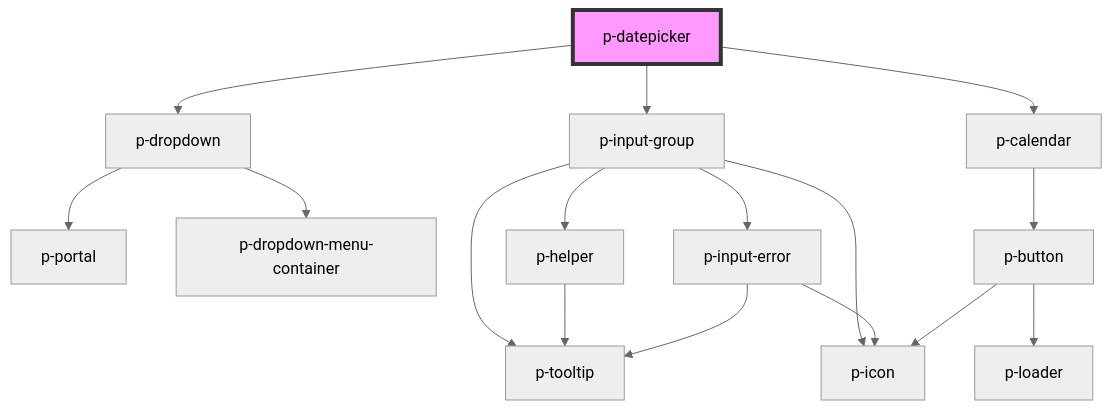
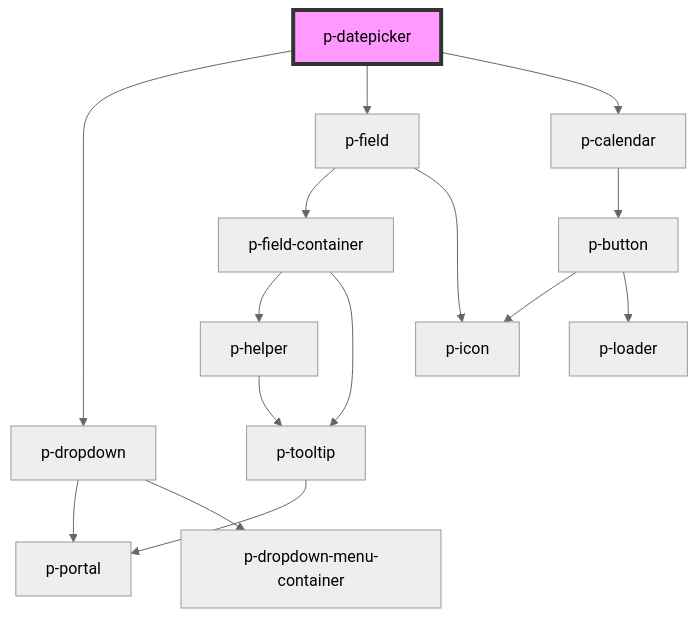
Before and after one commit to Employes/Paperless: the diagram in packages/core/src/components/molecules/datepicker/readme.md, drawn with Mermaid (neutral theme). The commit also changed other lines of this file and 21 other files, not shown here.

Commit message:
refactor(molecules): Removal of input-group component

````diff
--- a/packages/core/src/components/molecules/datepicker/readme.md
+++ b/packages/core/src/components/molecules/datepicker/readme.md
@@ -55,19 +55,18 @@
 ```mermaid
 graph TD;
   p-datepicker --> p-dropdown
-  p-datepicker --> p-input-group
+  p-datepicker --> p-field
   p-datepicker --> p-calendar
   p-dropdown --> p-portal
   p-dropdown --> p-dropdown-menu-container
-  p-input-group --> p-helper
-  p-input-group --> p-tooltip
-  p-input-group --> p-icon
-  p-input-group --> p-input-error
+  p-field --> p-field-container
+  p-field --> p-icon
+  p-field-container --> p-helper
+  p-field-container --> p-tooltip
   p-helper --> p-tooltip
-  p-input-error --> p-tooltip
-  p-input-error --> p-icon
+  p-tooltip --> p-portal
   p-calendar --> p-button
   p-button --> p-icon
   p-button --> p-loader
   style p-datepicker fill:#f9f,stroke:#333,stroke-width:4px
 ```
````
